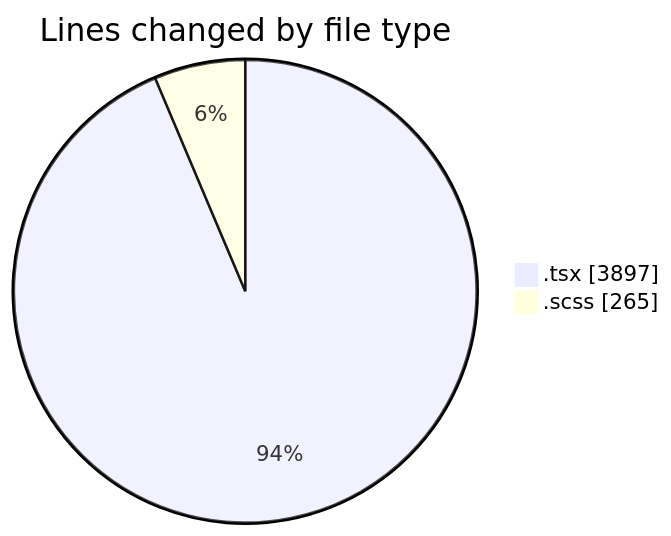
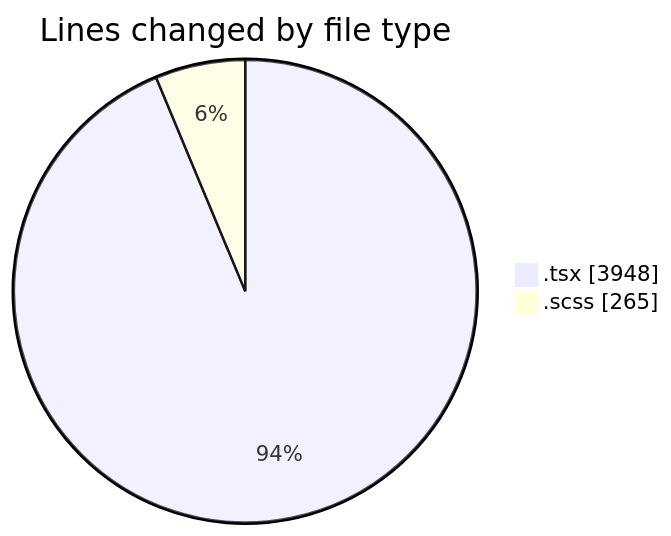
One commit to momahboobian/code-tracking changed the first of 2 diagrams in 2025-11-11/cda/README.md. Above: the diagram before and after it, drawn with Mermaid. The commit also changed other lines of this file and 1 other file, not shown here.

````diff
--- a/2025-11-11/cda/README.md
+++ b/2025-11-11/cda/README.md
@@ -25,6 +25,6 @@
 ```mermaid
 pie showData
 title Lines changed by file type
-".tsx" : 3897
+".tsx" : 3948
 ".scss" : 265
 ```
````
